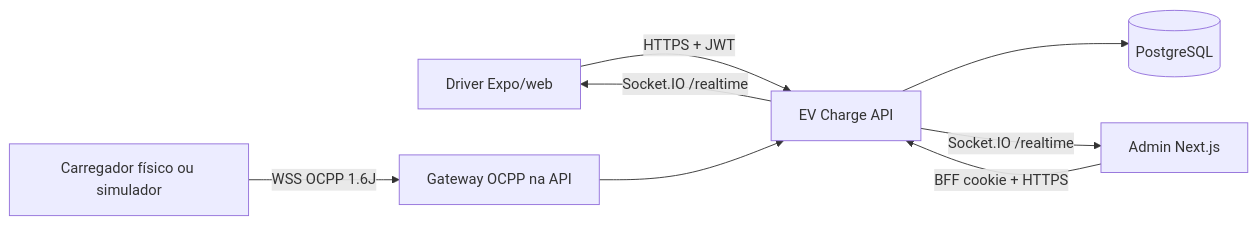
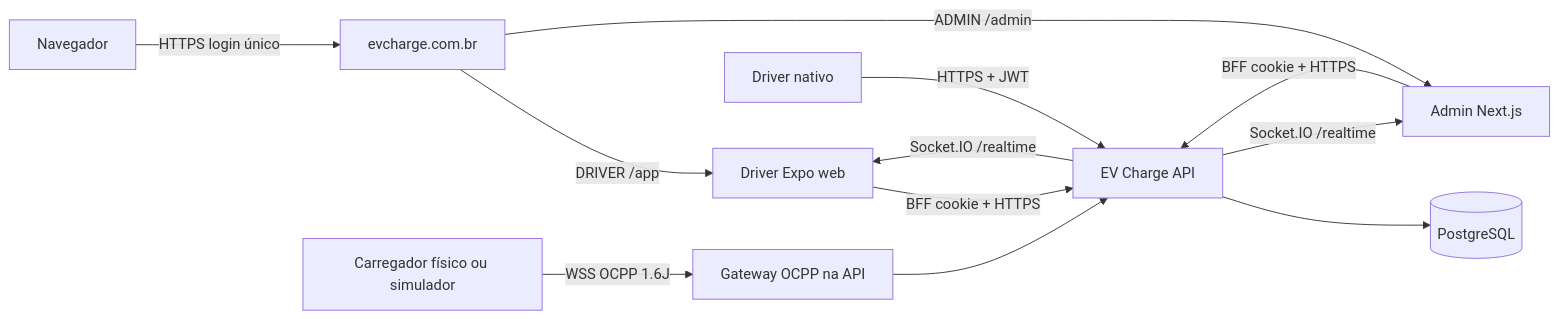
Before and after one commit to Patrick-Alves-cz/Projeto-carregamento: the diagram in docs/architecture/overview.md, drawn with Mermaid. The commit also changed 70 other files, not shown here.

First line of the commit message:
Add Google login and serve the driver and admin apps from a single host.

````diff
--- a/docs/architecture/overview.md
+++ b/docs/architecture/overview.md
@@ -7,10 +7,14 @@
 ```mermaid
 flowchart LR
-  Driver[Driver Expo/web] -->|HTTPS + JWT| API
-  Admin[Admin Next.js] -->|BFF cookie + HTTPS| API
+  Browser[Navegador] -->|HTTPS login único| Web[evcharge.com.br]
+  Web -->|DRIVER /app| Driver[Driver Expo web]
+  Web -->|ADMIN /admin| Admin[Admin Next.js]
+  Driver -->|BFF cookie + HTTPS| API
+  Admin -->|BFF cookie + HTTPS| API
+  Native[Driver nativo] -->|HTTPS + JWT| API
   API[EV Charge API] --> PG[(PostgreSQL)]
   Charger[Carregador físico ou simulador] -->|WSS OCPP 1.6J| OCPP[Gateway OCPP na API]
   OCPP --> API
   API -->|Socket.IO /realtime| Driver
   API -->|Socket.IO /realtime| Admin
 ```
````
